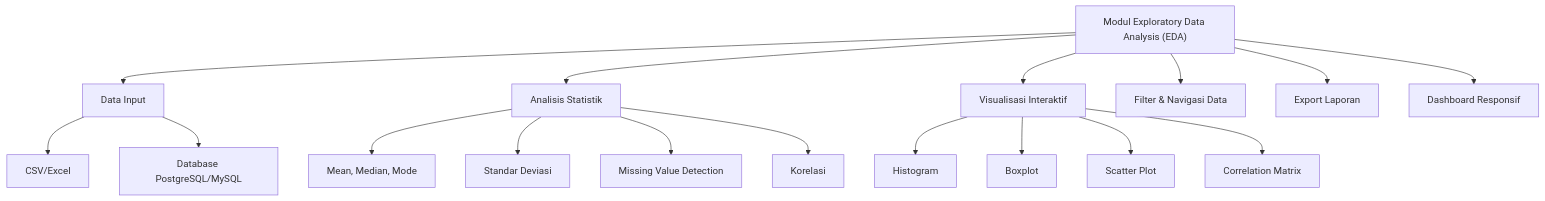
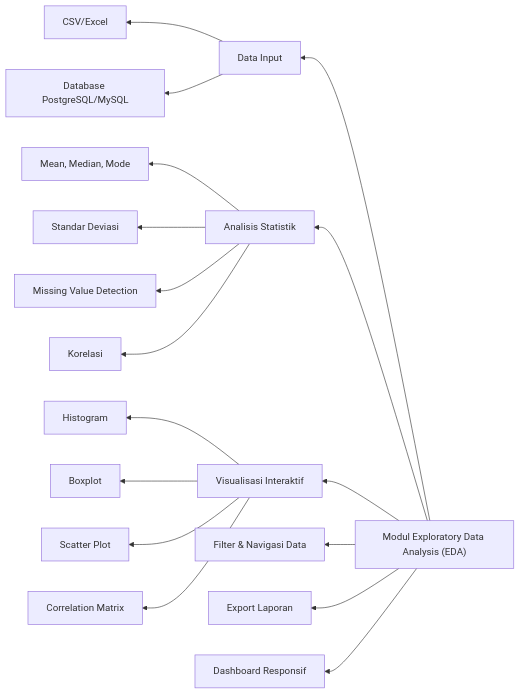
One commit to mrbrightsides/rantai-exploda changed the diagram in README.md. Above: the diagram before and after it, drawn with Mermaid. The commit also changed other lines of this file, not shown here.

````diff
--- a/README.md
+++ b/README.md
@@ -29,22 +29,22 @@
 ```mermaid
-graph TD
+graph RL
     A["Modul Exploratory Data Analysis (EDA)"] --> B["Data Input"]
     A --> C["Analisis Statistik"]
     A --> D["Visualisasi Interaktif"]
     A --> E["Filter & Navigasi Data"]
     A --> F["Export Laporan"]
     A --> G["Dashboard Responsif"]
 
     B --> B1["CSV/Excel"]
     B --> B2["Database PostgreSQL/MySQL"]
 
     C --> C1["Mean, Median, Mode"]
     C --> C2["Standar Deviasi"]
     C --> C3["Missing Value Detection"]
     C --> C4["Korelasi"]
 
     D --> D1["Histogram"]
     D --> D2["Boxplot"]
     D --> D3["Scatter Plot"]
     D --> D4["Correlation Matrix"]
 ```
````
